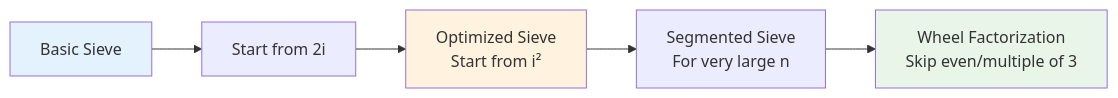
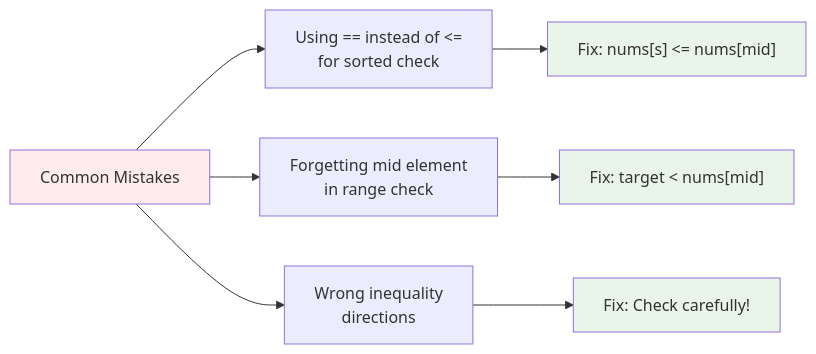
The tenth of 13 diagrams in README.md (LuckyLongre123/README_RUNNER), drawn with Mermaid before and after one commit. The commit also changed other lines of this file, not shown here.

````diff
--- a/README.md
+++ b/README.md
@@ -332,11 +320,15 @@
 ```mermaid
 flowchart LR
-    A[Basic Sieve] --> B[Start from 2i]
-    B --> C[Optimized Sieve<br/>Start from i²]
-    C --> D[Segmented Sieve<br/>For very large n]
-    D --> E[Wheel Factorization<br/>Skip even/multiple of 3]
+    A["Common Mistakes"] --> B["Using == instead of <=<br/>for sorted check"]
+    A --> C["Forgetting mid element<br/>in range check"]
+    A --> D["Wrong inequality<br/>directions"]
     
-    style A fill:#e3f2fd
-    style C fill:#fff3e0
-    style E fill:#e8f5e8
+    B --> B1["Fix: nums[s] <= nums[mid]"]
+    C --> C1["Fix: target < nums[mid]"]
+    D --> D1["Fix: Check carefully!"]
+    
+    style A fill:#ffebee
+    style B1 fill:#e8f5e8
+    style C1 fill:#e8f5e8
+    style D1 fill:#e8f5e8
 ```
````
